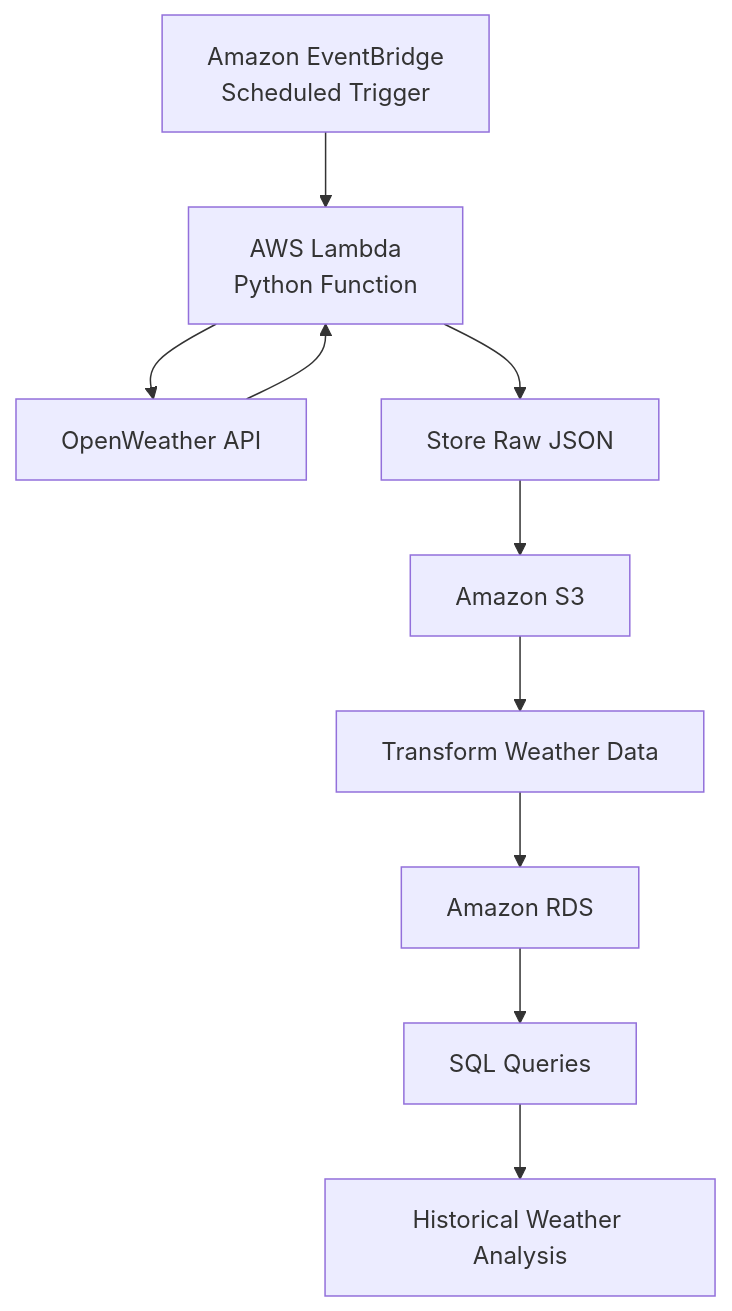
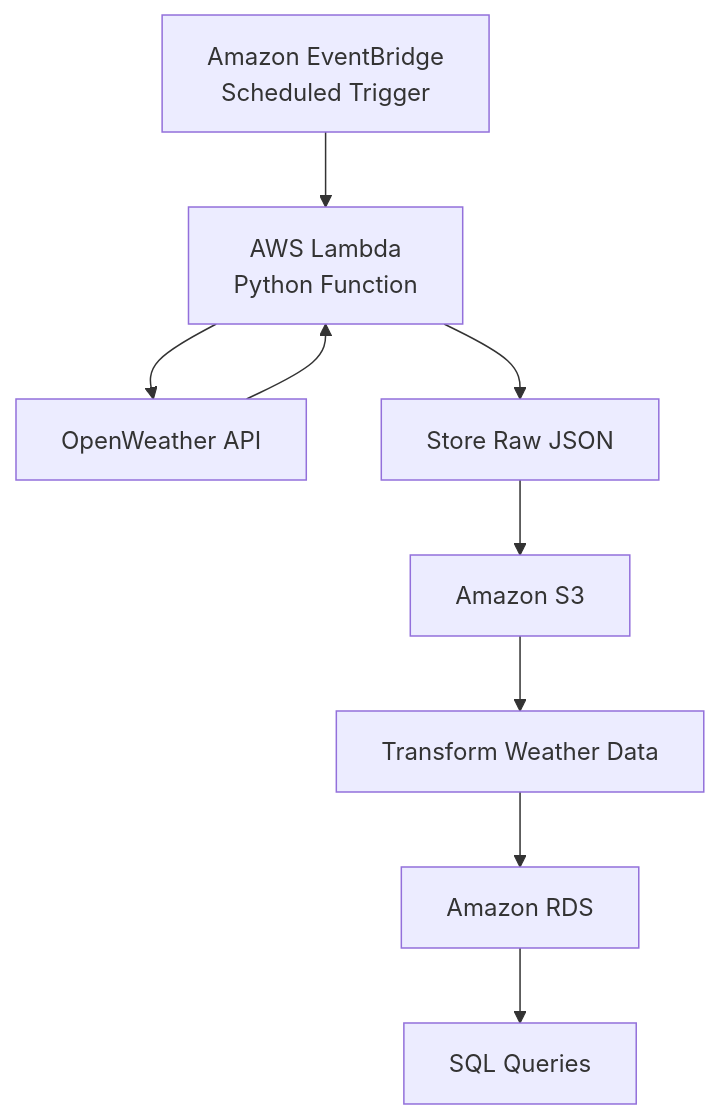
The first of 2 diagrams in README.md (heyzed001/aws-weather-etl-pipeline), drawn with Mermaid before and after one commit. The commit also changed other lines of this file, not shown here.

````diff
--- a/README.md
+++ b/README.md
@@ -15,18 +15,17 @@
 ```mermaid
 flowchart TD
     A[Amazon EventBridge<br/>Scheduled Trigger] --> B[AWS Lambda<br/>Python Function]
 
     B --> C[OpenWeather API]
     C --> B
 
     B --> D[Store Raw JSON]
     D --> E[Amazon S3]
 
     E --> F[Transform Weather Data]
 
     F --> G[Amazon RDS]
 
     G --> H[SQL Queries]
 
-    H --> I[Historical Weather Analysis]
 ```
````
